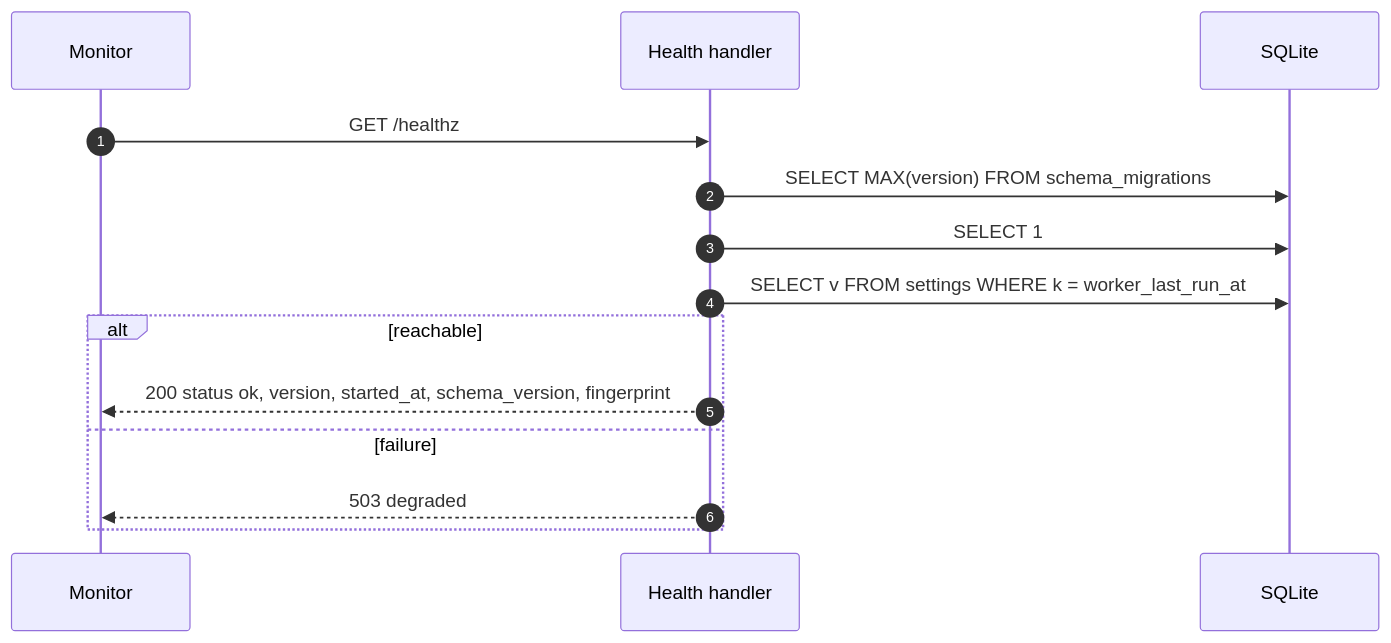
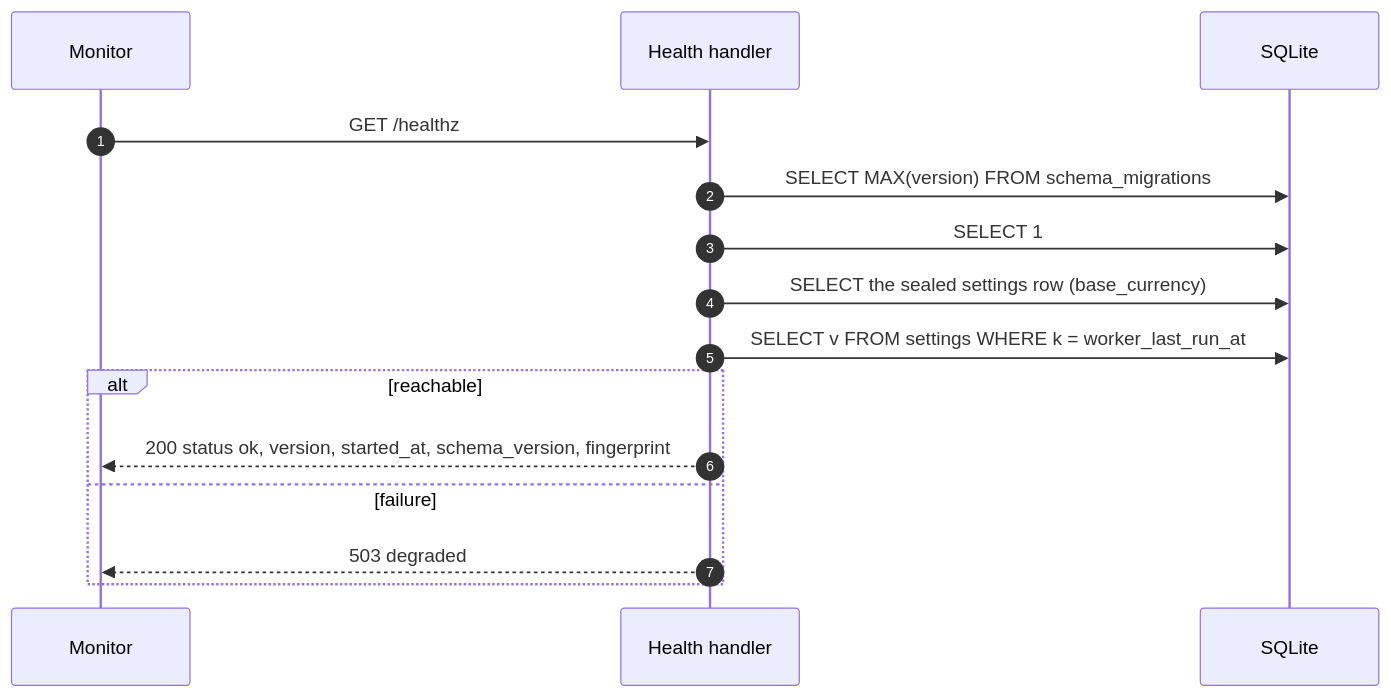
Before and after one commit to dimasbaguspm/spenicle: the diagram in docs/endpoints/GET_healthz.md, drawn with Mermaid. The commit also changed other lines of this file and 53 other files, not shown here.

````diff
--- a/docs/endpoints/GET_healthz.md
+++ b/docs/endpoints/GET_healthz.md
@@ -57,16 +58,17 @@
 ```mermaid
 sequenceDiagram
     autonumber
     participant M as Monitor
     participant H as Health handler
     participant DB as SQLite
     M->>H: GET /healthz
     H->>DB: SELECT MAX(version) FROM schema_migrations
     H->>DB: SELECT 1
+    H->>DB: SELECT the sealed settings row (base_currency)
     H->>DB: SELECT v FROM settings WHERE k = worker_last_run_at
     alt reachable
         H-->>M: 200 status ok, version, started_at, schema_version, fingerprint
     else failure
         H-->>M: 503 degraded
     end
 ```
````
